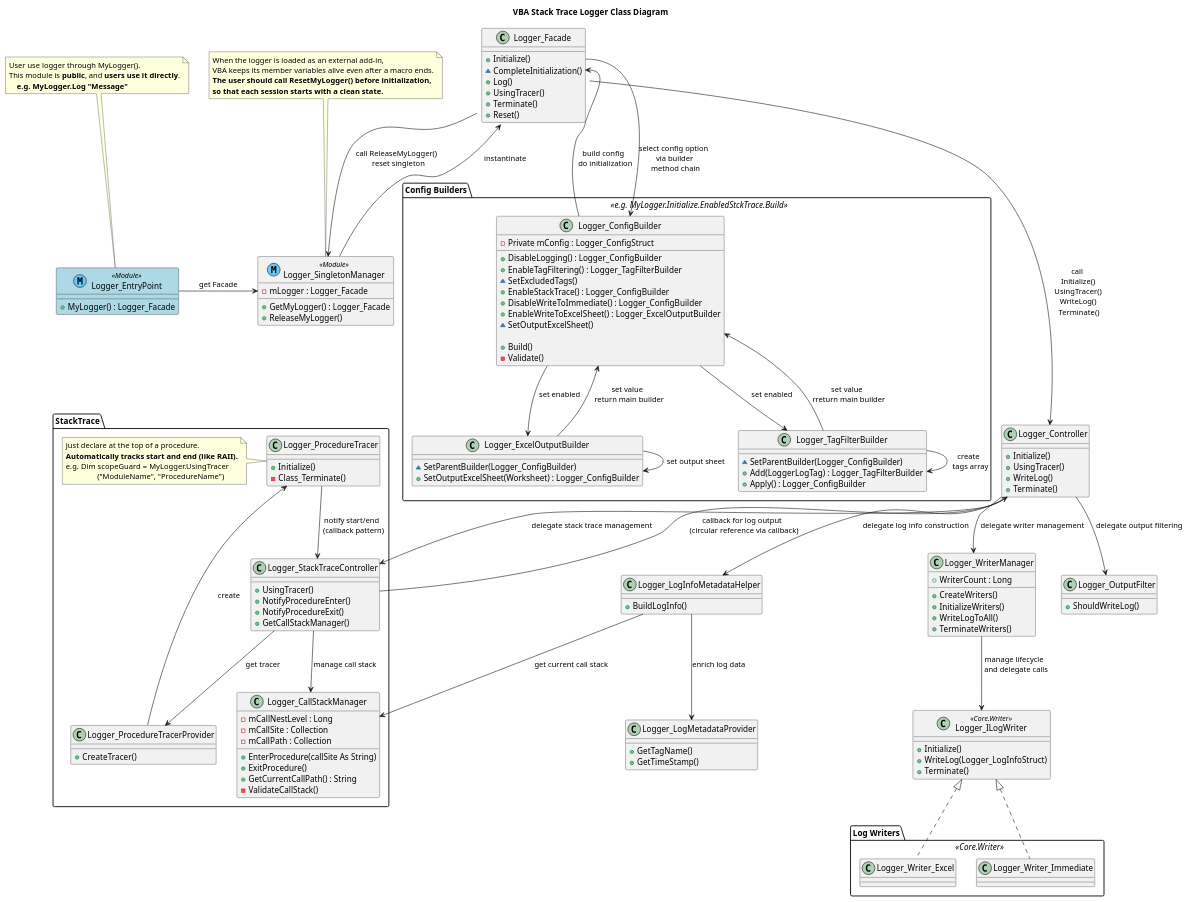
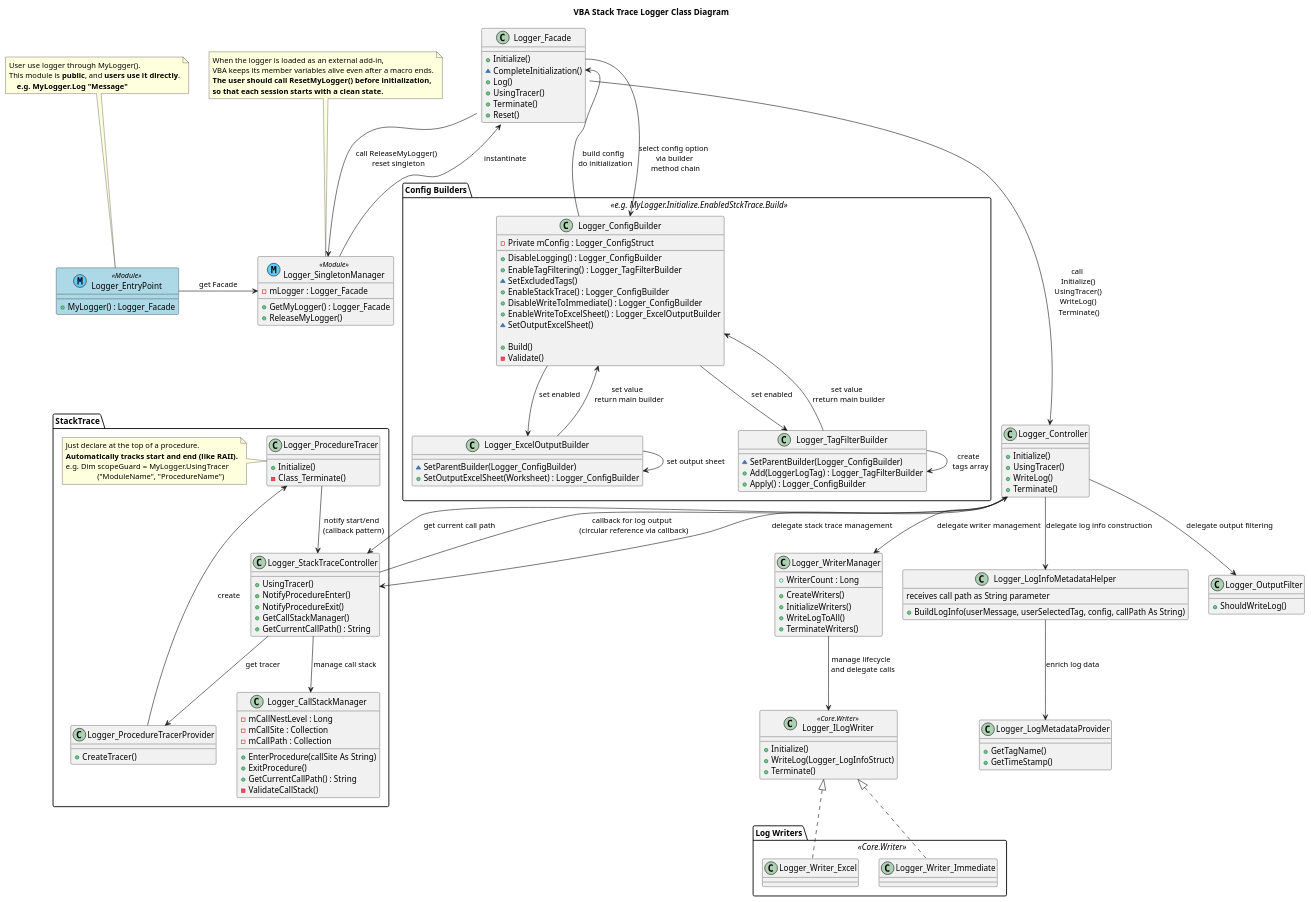
The diagram in docs/クラス図.puml (ryuryu333/vba_stack_trace_logger), drawn with PlantUML before and after one commit.

Commit message:
クラス図更新

```diff
--- a/docs/クラス図.puml
+++ b/docs/クラス図.puml
@@ -52,7 +52,7 @@
 
 ' Log information construction - extracted from Controller
 class Logger_LogInfoMetadataHelper {
-    + BuildLogInfo()
+    + BuildLogInfo(userMessage, userSelectedTag, config, callPath As String)
 }
 
 ' Metadata provider for log information
@@ -122,6 +122,7 @@
         + NotifyProcedureEnter()
         + NotifyProcedureExit()
         + GetCallStackManager()
+        + GetCurrentCallPath() : String
     }
     ' Manages call stack information
     class Logger_CallStackManager {
@@ -186,7 +187,8 @@
 Logger_StackTraceController --> Logger_ProcedureTracerProvider : get tracer
 Logger_ProcedureTracerProvider --> Logger_ProcedureTracer : create
 Logger_ProcedureTracer --> Logger_StackTraceController : notify start/end \n (callback pattern)
-Logger_LogInfoMetadataHelper --> Logger_CallStackManager : get current call stack
+Logger_Controller --> Logger_StackTraceController : get current call path
+Logger_LogInfoMetadataHelper : receives call path as String parameter
 
 
 Logger_LogInfoMetadataHelper --> Logger_LogMetadataProvider : enrich log data
```
